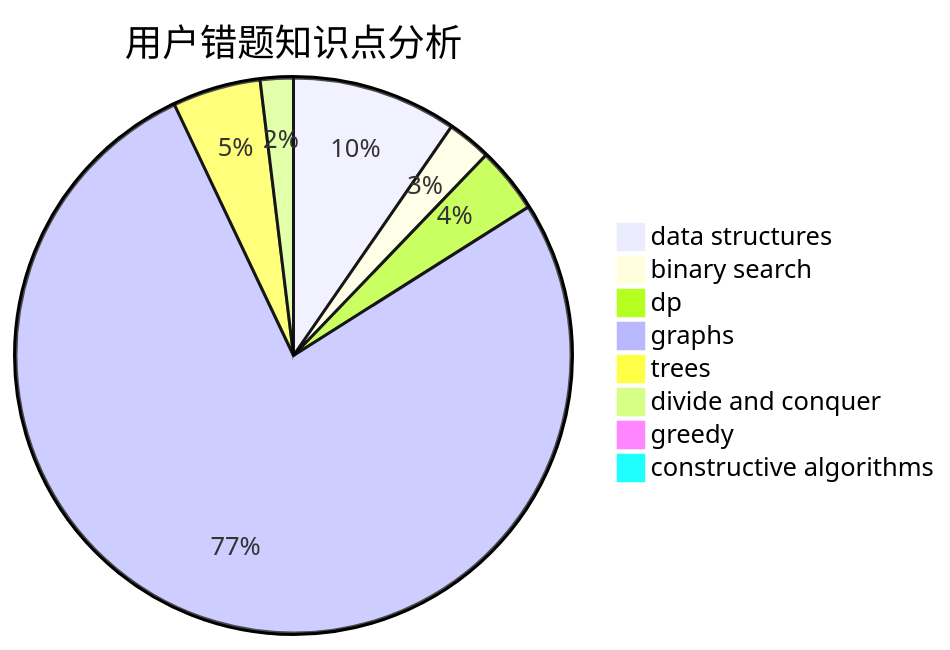
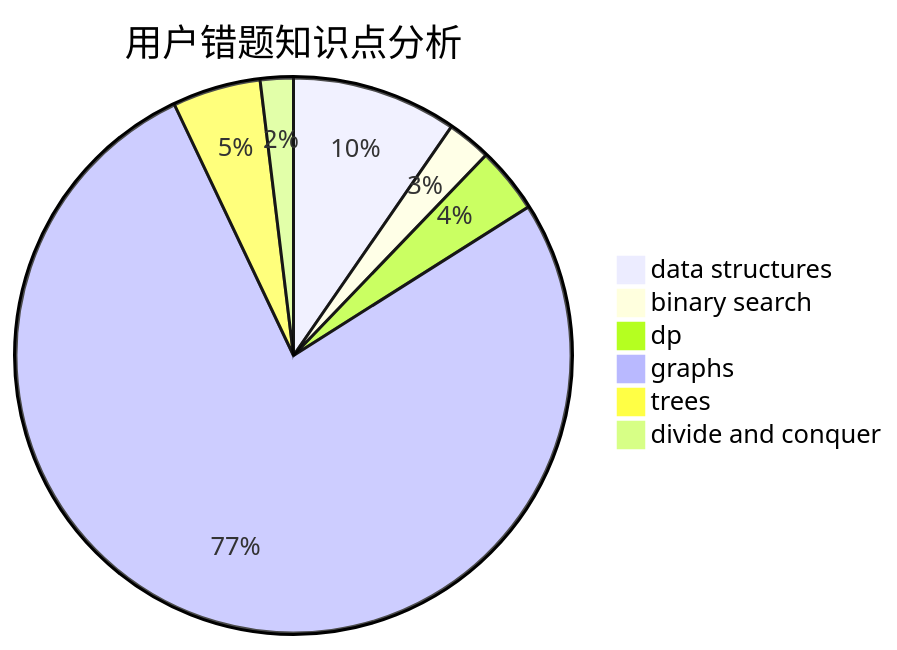
The third of 3 diagrams in docs/user/u1368.md (sherpahu/cfrs.github.io), drawn with Mermaid before and after one commit. The commit also changed other lines of this file and 2770 other files, not shown here.

````diff
--- a/docs/user/u1368.md
+++ b/docs/user/u1368.md
@@ -31,11 +28,9 @@
 ```mermaid
 pie title 用户错题知识点分析
     "data structures" :  15
     "binary search" :  4
     "dp" :  6
     "graphs" :  120
     "trees" :  8
     "divide and conquer" :  3
-    "greedy" :  0
-    "constructive algorithms" :  0
 ```
````
